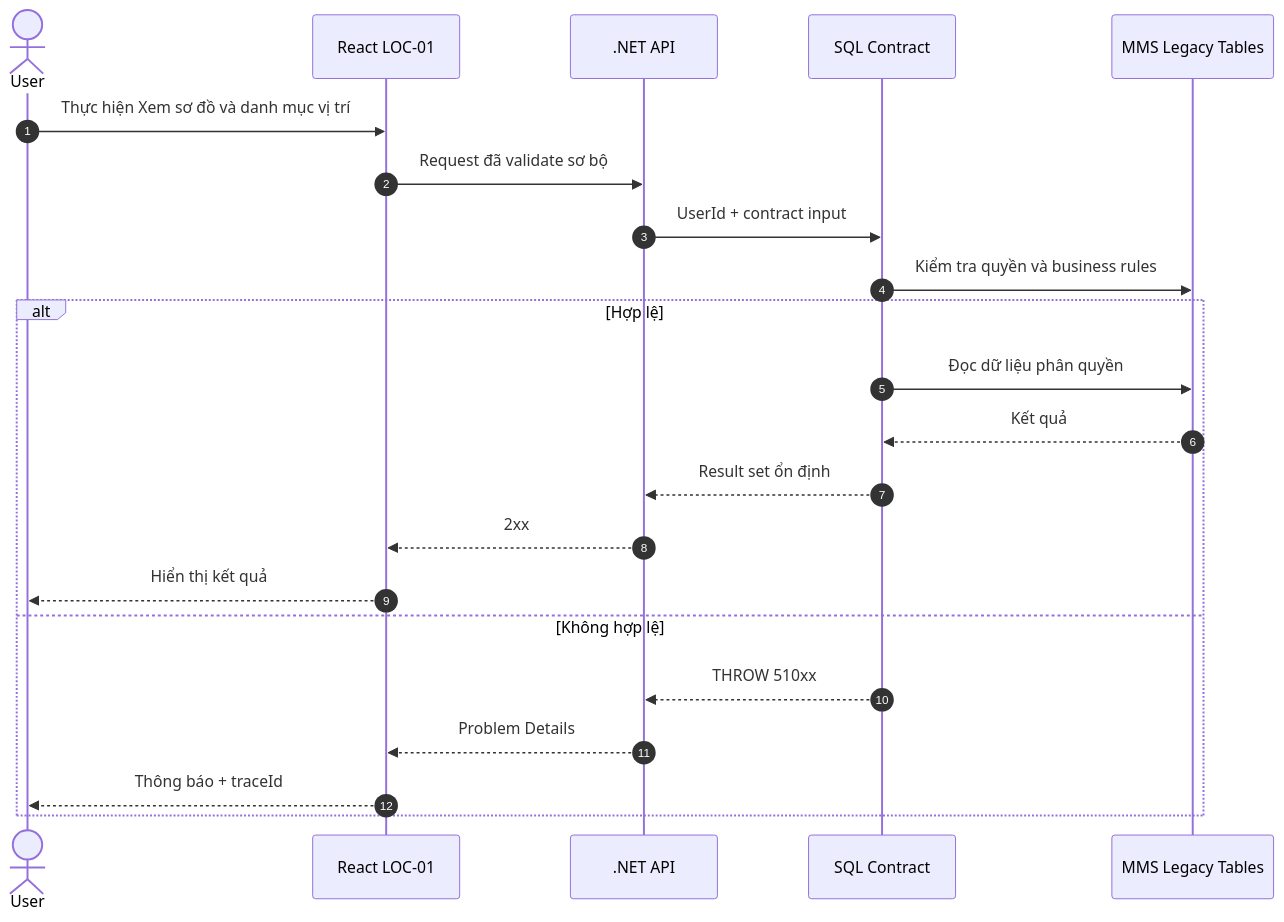
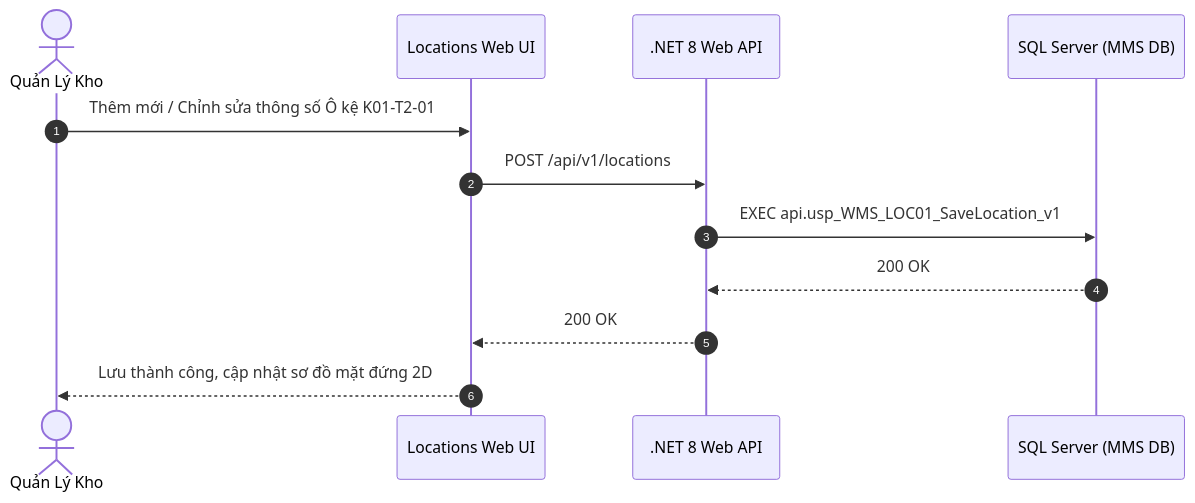
The diagram in docs/03-use-cases/UC-11_LOC-01.md (Sohoa-KNSG/mms), drawn with Mermaid before and after one commit. The commit also changed other lines of this file and 43 other files, not shown here.

````diff
--- a/docs/03-use-cases/UC-11_LOC-01.md
+++ b/docs/03-use-cases/UC-11_LOC-01.md
@@ -187,24 +44,15 @@
-~~~mermaid
+```mermaid
 sequenceDiagram
     autonumber
-    actor User
-    participant UI as React LOC-01
-    participant API as .NET API
-    participant SP as SQL Contract
-    participant DB as MMS Legacy Tables
-    User->>UI: Thực hiện Xem sơ đồ và danh mục vị trí
-    UI->>API: Request đã validate sơ bộ
-    API->>SP: UserId + contract input
-    SP->>DB: Kiểm tra quyền và business rules
-    alt Hợp lệ
-        SP->>DB: Đọc dữ liệu phân quyền
-        DB-->>SP: Kết quả
-        SP-->>API: Result set ổn định
-        API-->>UI: 2xx
-        UI-->>User: Hiển thị kết quả
-    else Không hợp lệ
-        SP-->>API: THROW 510xx
-        API-->>UI: Problem Details
-        UI-->>User: Thông báo + traceId
-    end
-~~~
+    actor Admin as Quản Lý Kho
+    participant UI as Locations Web UI
+    participant API as .NET 8 Web API
+    participant DB as SQL Server (MMS DB)
+
+    Admin->>UI: Thêm mới / Chỉnh sửa thông số Ô kệ K01-T2-01
+    UI->>API: POST /api/v1/locations
+    API->>DB: EXEC api.usp_WMS_LOC01_SaveLocation_v1
+    DB-->>API: 200 OK
+    API-->>UI: 200 OK
+    UI-->>Admin: Lưu thành công, cập nhật sơ đồ mặt đứng 2D
+```
````
